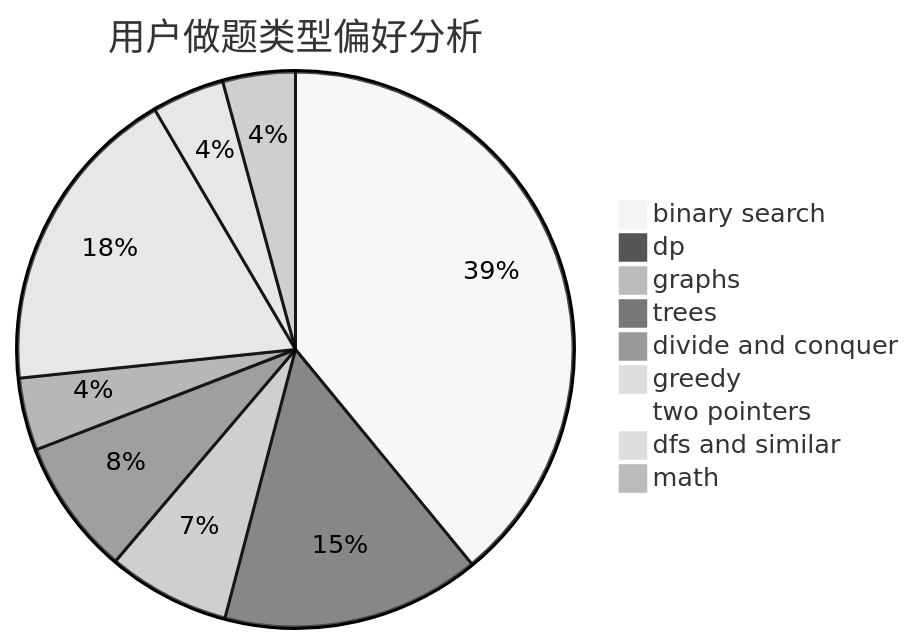
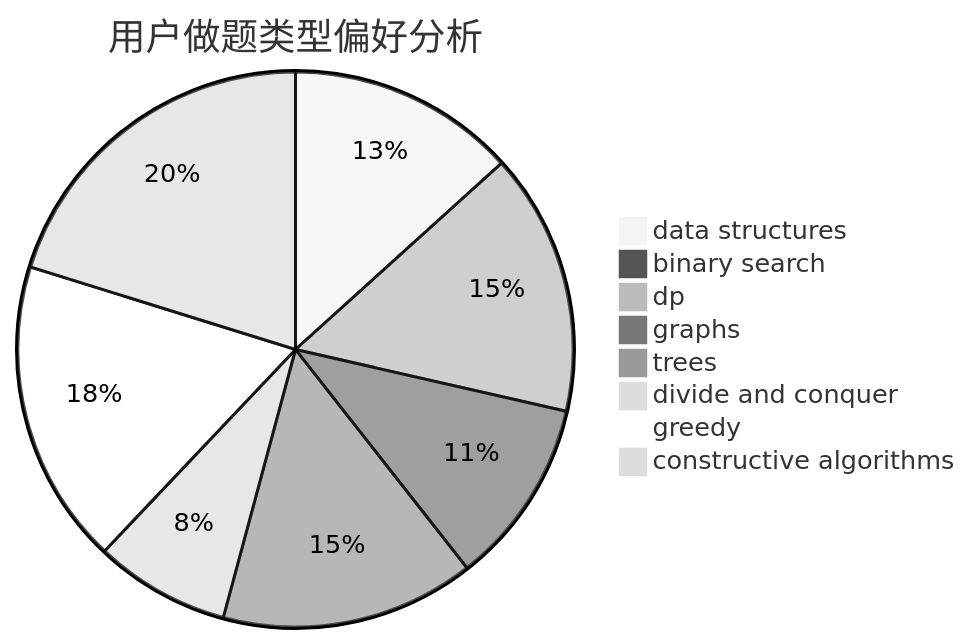
The second of 3 diagrams in docs/user/u1945.md (sherpahu/cfrs.github.io), drawn with Mermaid (neutral theme) before and after one commit. The commit also changed other lines of this file and 2775 other files, not shown here.

````diff
--- a/docs/user/u1945.md
+++ b/docs/user/u1945.md
@@ -23,12 +23,11 @@
 ```mermaid
 pie title 用户做题类型偏好分析
-    "binary search" :  148
-    "dp" :  57
-    "graphs" :  27
+    "data structures" :  27
+    "binary search" :  0
+    "dp" :  31
+    "graphs" :  22
     "trees" :  30
     "divide and conquer" :  16
-    "greedy" :  69
-    "two pointers" :  0
-    "dfs and similar" :  16
-    "math" :  16
+    "greedy" :  36
+    "constructive algorithms" :  41
 ```
````
